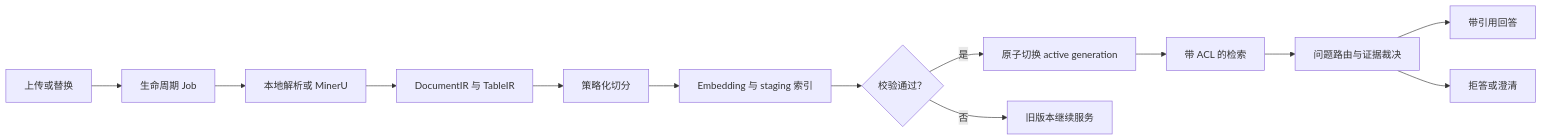
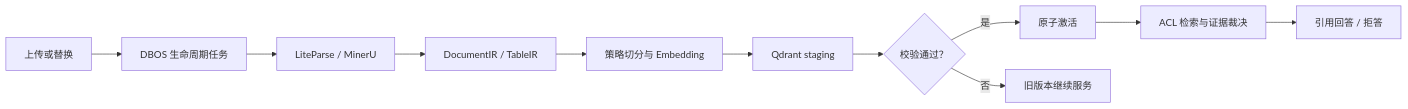
Before and after one commit to codexlin/UnoRAG: the first of 2 diagrams in README.zh-CN.md, drawn with Mermaid. The commit also changed other lines of this file and 61 other files, not shown here.

````diff
--- a/README.zh-CN.md
+++ b/README.zh-CN.md
@@ -84,15 +43,13 @@
 ```mermaid
 flowchart LR
-    A["上传或替换"] --> B["生命周期 Job"]
-    B --> C["本地解析或 MinerU"]
-    C --> D["DocumentIR 与 TableIR"]
-    D --> E["策略化切分"]
-    E --> F["Embedding 与 staging 索引"]
+    A["上传或替换"] --> B["DBOS 生命周期任务"]
+    B --> C["LiteParse / MinerU"]
+    C --> D["DocumentIR / TableIR"]
+    D --> E["策略切分与 Embedding"]
+    E --> F["Qdrant staging"]
     F --> G{"校验通过？"}
-    G -- "是" --> H["原子切换 active generation"]
+    G -- "是" --> H["原子激活"]
     G -- "否" --> I["旧版本继续服务"]
-    H --> J["带 ACL 的检索"]
-    J --> K["问题路由与证据裁决"]
-    K --> L["带引用回答"]
-    K --> M["拒答或澄清"]
+    H --> J["ACL 检索与证据裁决"]
+    J --> K["引用回答 / 拒答"]
 ```
````
